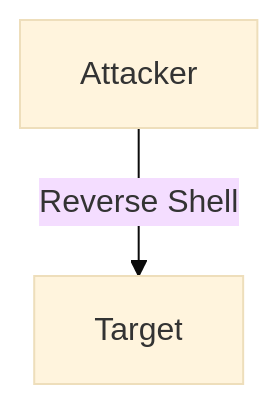
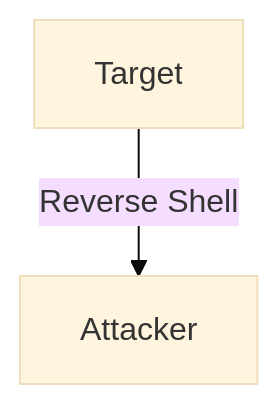
The diagram in reverse-shells-for-fun-and-profit/slides.md (nodeselector/talks), drawn with Mermaid (base theme) before and after one commit.

````diff
--- a/reverse-shells-for-fun-and-profit/slides.md
+++ b/reverse-shells-for-fun-and-profit/slides.md
@@ -34,4 +34,4 @@
 ```mermaid
 graph TD
-    A[Attacker] -->|Reverse Shell| B[Target]
+    A[Target] -->|Reverse Shell| B[Attacker]
 ```
````
